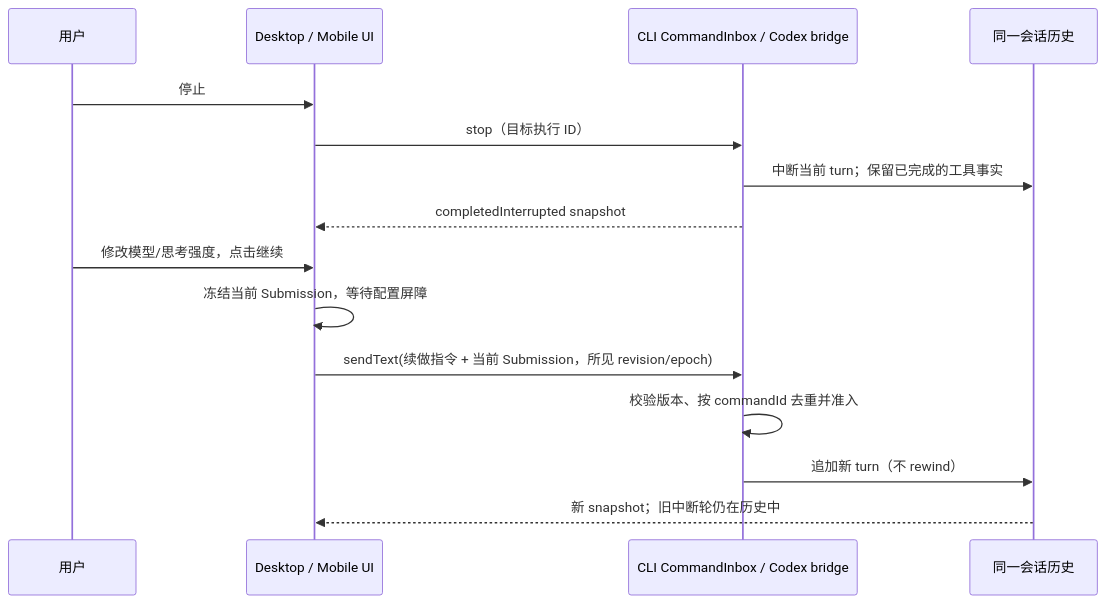
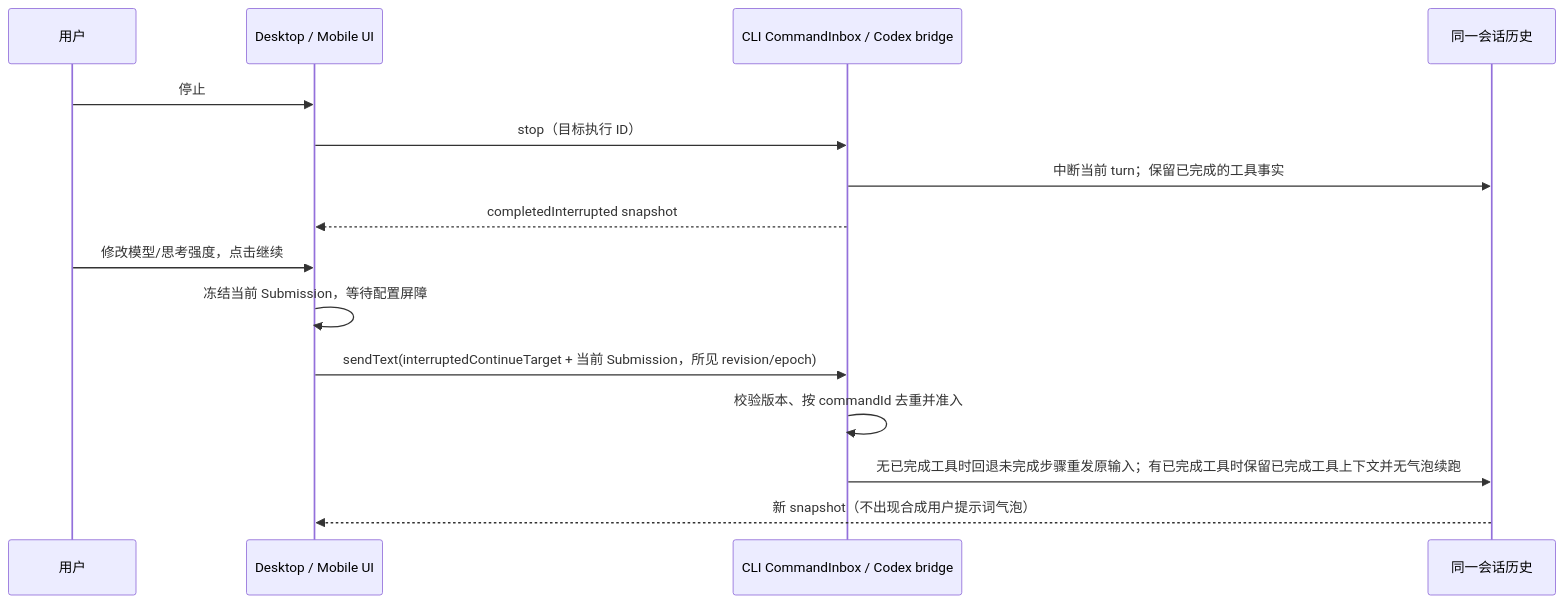
The diagram in specs/codex-desktop-interrupted-turn-continue.md (KingingWang/Codez), drawn with Mermaid before and after one commit. The commit also changed other lines of this file and 58 other files, not shown here.

Commit message:
feat(codex): adapt native hooks/slash commands and refine interrupted turn continue

````diff
--- a/specs/codex-desktop-interrupted-turn-continue.md
+++ b/specs/codex-desktop-interrupted-turn-continue.md
@@ -18,17 +19,17 @@
 ```mermaid
 sequenceDiagram
   participant U as 用户
   participant UI as Desktop / Mobile UI
   participant O as CLI CommandInbox / Codex bridge
   participant H as 同一会话历史
   U->>UI: 停止
   UI->>O: stop（目标执行 ID）
   O->>H: 中断当前 turn；保留已完成的工具事实
   O-->>UI: completedInterrupted snapshot
   U->>UI: 修改模型/思考强度，点击继续
   UI->>UI: 冻结当前 Submission，等待配置屏障
-  UI->>O: sendText(续做指令 + 当前 Submission，所见 revision/epoch)
+  UI->>O: sendText(interruptedContinueTarget + 当前 Submission，所见 revision/epoch)
   O->>O: 校验版本、按 commandId 去重并准入
-  O->>H: 追加新 turn（不 rewind）
-  H-->>UI: 新 snapshot；旧中断轮仍在历史中
+  O->>H: 无已完成工具时回退未完成步骤重发原输入；有已完成工具时保留已完成工具上下文并无气泡续跑
+  H-->>UI: 新 snapshot（不出现合成用户提示词气泡）
 ```
````
